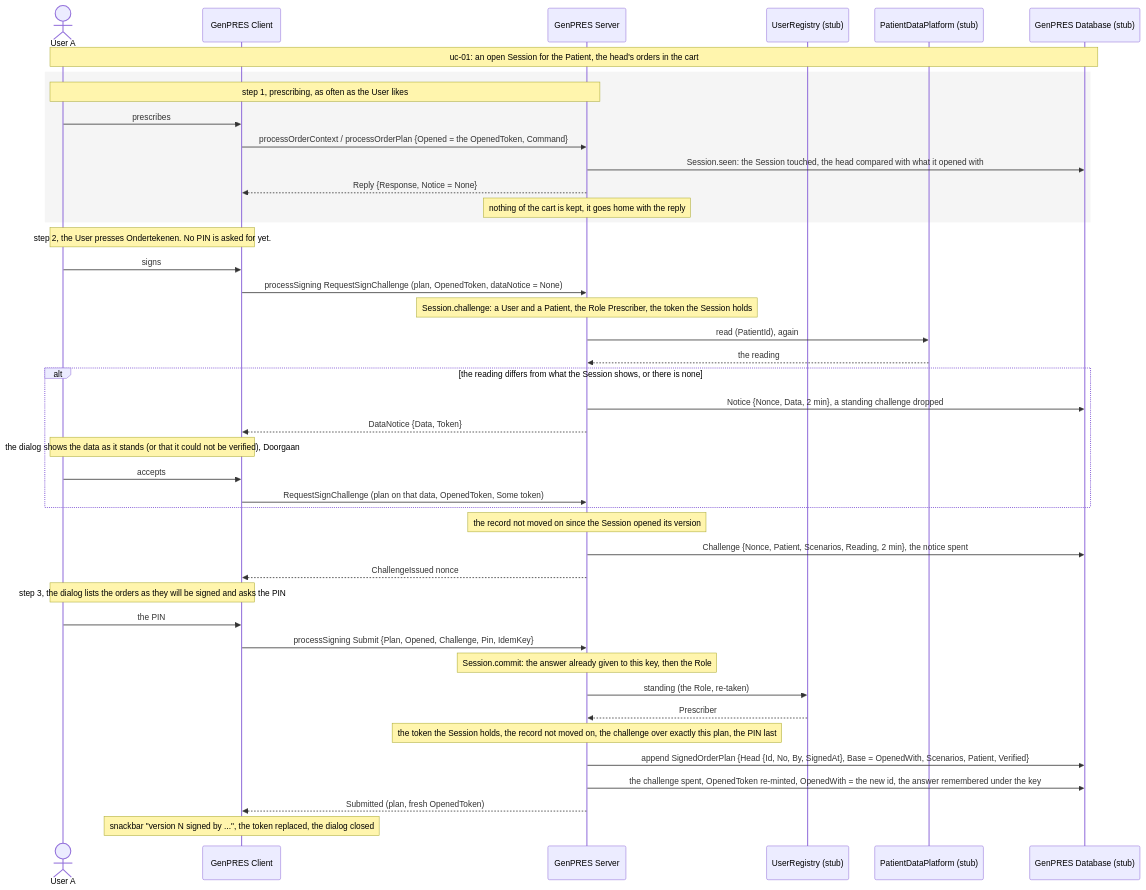
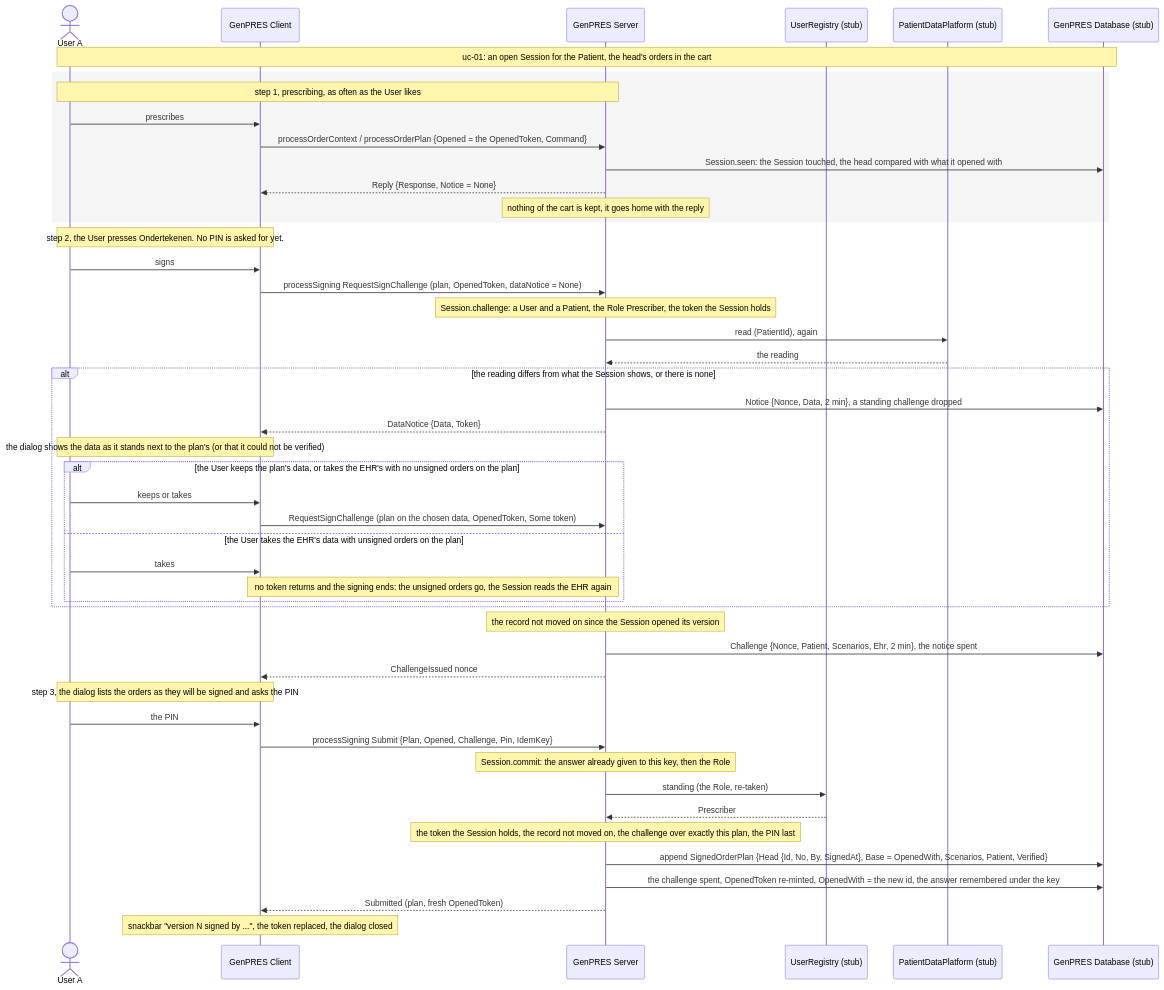
Before and after one commit to informedica/GenPRES: the first of 2 diagrams in docs/scenarios/integration/uc-03-prescribe-and-sign.md, drawn with Mermaid. The commit also changed other lines of this file and 1 other file, not shown here.

Commit message:
docs: settle the review points on PR 1607
Plan 1430 rule 19 kept notices until an order was deleted, which
clashed with rules 8 and 13 once a wrong weight was corrected back.
Notices now stay only while they are true.

The uc-03 walkthrough said either answer to a data notice returns
the token. Taking the EHR's data with unsigned orders ends the
signature instead. The sequence diagram also shows take or keep and
the challenge's current Ehr field.

````diff
--- a/docs/scenarios/integration/uc-03-prescribe-and-sign.md
+++ b/docs/scenarios/integration/uc-03-prescribe-and-sign.md
@@ -11,49 +11,54 @@
 ```mermaid
 sequenceDiagram
     actor U as User A
     participant C as GenPRES Client
     participant S as GenPRES Server
     participant R as UserRegistry (stub)
     participant P as PatientDataPlatform (stub)
     participant D as GenPRES Database (stub)
 
     Note over U,D: uc-01: an open Session for the Patient, the head's orders in the cart
 
     rect rgb(245,245,245)
     Note over U,S: step 1, prescribing, as often as the User likes
     U->>C: prescribes
     C->>S: processOrderContext / processOrderPlan {Opened = the OpenedToken, Command}
     S->>D: Session.seen: the Session touched, the head compared with what it opened with
     S-->>C: Reply {Response, Notice = None}
     Note over S: nothing of the cart is kept, it goes home with the reply
     end
 
     Note over U,C: step 2, the User presses Ondertekenen. No PIN is asked for yet.
     U->>C: signs
     C->>S: processSigning RequestSignChallenge (plan, OpenedToken, dataNotice = None)
     Note over S: Session.challenge: a User and a Patient, the Role Prescriber, the token the Session holds
     S->>P: read (PatientId), again
     P-->>S: the reading
     alt the reading differs from what the Session shows, or there is none
         S->>D: Notice {Nonce, Data, 2 min}, a standing challenge dropped
         S-->>C: DataNotice {Data, Token}
-        Note over U,C: the dialog shows the data as it stands (or that it could not be verified), Doorgaan
-        U->>C: accepts
-        C->>S: RequestSignChallenge (plan on that data, OpenedToken, Some token)
+        Note over U,C: the dialog shows the data as it stands next to the plan's (or that it could not be verified)
+        alt the User keeps the plan's data, or takes the EHR's with no unsigned orders on the plan
+            U->>C: keeps or takes
+            C->>S: RequestSignChallenge (plan on the chosen data, OpenedToken, Some token)
+        else the User takes the EHR's data with unsigned orders on the plan
+            U->>C: takes
+            Note over C,S: no token returns and the signing ends: the unsigned orders go, the Session reads the EHR again
+        end
     end
     Note over S: the record not moved on since the Session opened its version
-    S->>D: Challenge {Nonce, Patient, Scenarios, Reading, 2 min}, the notice spent
+    S->>D: Challenge {Nonce, Patient, Scenarios, Ehr, 2 min}, the notice spent
     S-->>C: ChallengeIssued nonce
 
     Note over U,C: step 3, the dialog lists the orders as they will be signed and asks the PIN
     U->>C: the PIN
     C->>S: processSigning Submit {Plan, Opened, Challenge, Pin, IdemKey}
     Note over S: Session.commit: the answer already given to this key, then the Role
     S->>R: standing (the Role, re-taken)
     R-->>S: Prescriber
     Note over S: the token the Session holds, the record not moved on, the challenge over exactly this plan, the PIN last
     S->>D: append SignedOrderPlan {Head {Id, No, By, SignedAt}, Base = OpenedWith, Scenarios, Patient, Verified}
     S->>D: the challenge spent, OpenedToken re-minted, OpenedWith = the new id, the answer remembered under the key
     S-->>C: Submitted (plan, fresh OpenedToken)
     Note over C: snackbar "version N signed by ...", the token replaced, the dialog closed
 ```
````
